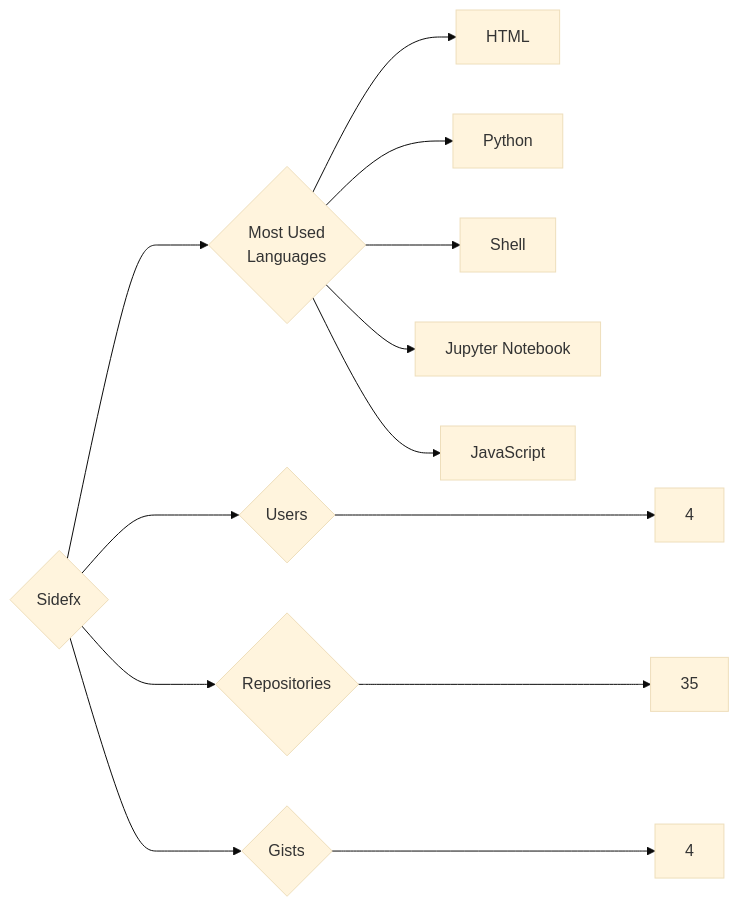
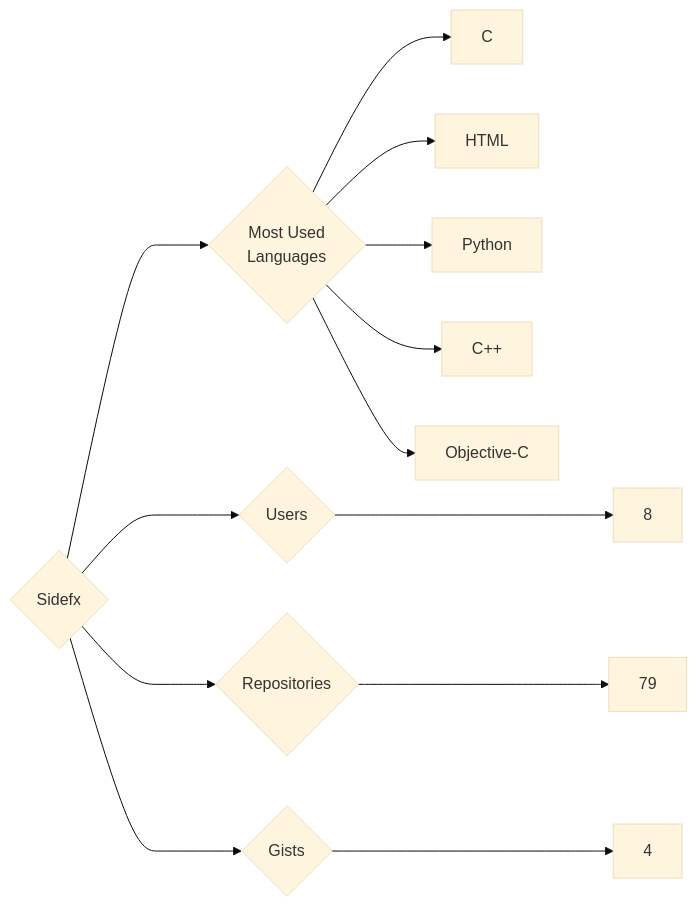
One commit to trickest/insiders changed the diagram in targets/Sidefx/README.md. Above: the diagram before and after it, drawn with Mermaid (base theme). The commit also changed 681 other files, not shown here.

````diff
--- a/targets/Sidefx/README.md
+++ b/targets/Sidefx/README.md
@@ -3,13 +3,13 @@
 ```mermaid
 graph LR
 COMPANY_NAME{Sidefx}
-COMPANY_NAME ---> U{Users} ---> UN[4]
-COMPANY_NAME ---> R{Repositories} ---> RN[35]
+COMPANY_NAME ---> U{Users} ---> UN[8]
+COMPANY_NAME ---> R{Repositories} ---> RN[79]
 COMPANY_NAME ---> G{Gists} ---> GN[4]
 COMPANY_NAME ---> ML{Most Used<br>Languages}
+ML --> C[C]
 ML --> HTML[HTML]
 ML --> Python[Python]
-ML --> Shell[Shell]
-ML --> Jupyter_Notebook[Jupyter Notebook]
-ML --> JavaScript[JavaScript]
+ML --> C++[C++]
+ML --> Objective-C[Objective-C]
 ```
````
